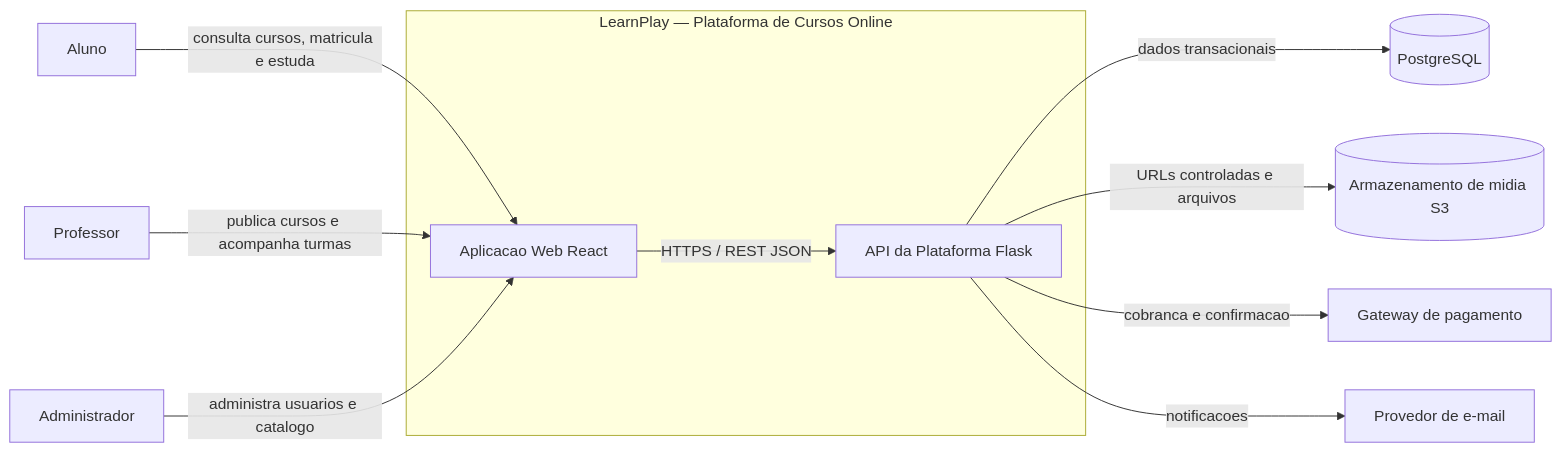
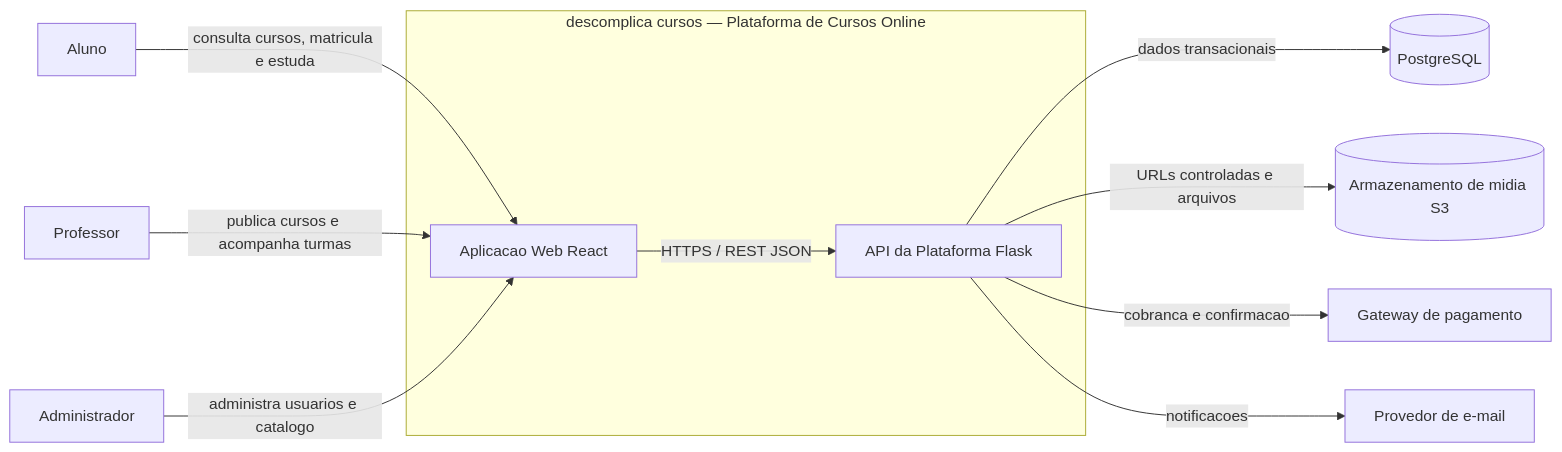
The diagram in diagramas/c1_contexto.mmd (saleslima567-dotcom/Learn-Play), drawn with Mermaid before and after one commit. The commit also changed 18 other files, not shown here.

Commit message:
Atualizar marca para descomplica cursos

```diff
--- a/diagramas/c1_contexto.mmd
+++ b/diagramas/c1_contexto.mmd
@@ -1,20 +1,20 @@
 flowchart LR
   aluno[Aluno]
   professor[Professor]
   admin[Administrador]
-  subgraph learnplay[LearnPlay — Plataforma de Cursos Online]
+  subgraph descomplica_cursos[descomplica cursos — Plataforma de Cursos Online]
     web[Aplicacao Web React]
     api[API da Plataforma Flask]
     web -->|HTTPS / REST JSON| api
   end
   pg[(PostgreSQL)]
   s3[(Armazenamento de midia S3)]
   pay[Gateway de pagamento]
   mail[Provedor de e-mail]
   aluno -->|consulta cursos, matricula e estuda| web
   professor -->|publica cursos e acompanha turmas| web
   admin -->|administra usuarios e catalogo| web
   api -->|dados transacionais| pg
   api -->|URLs controladas e arquivos| s3
   api -->|cobranca e confirmacao| pay
   api -->|notificacoes| mail
```
